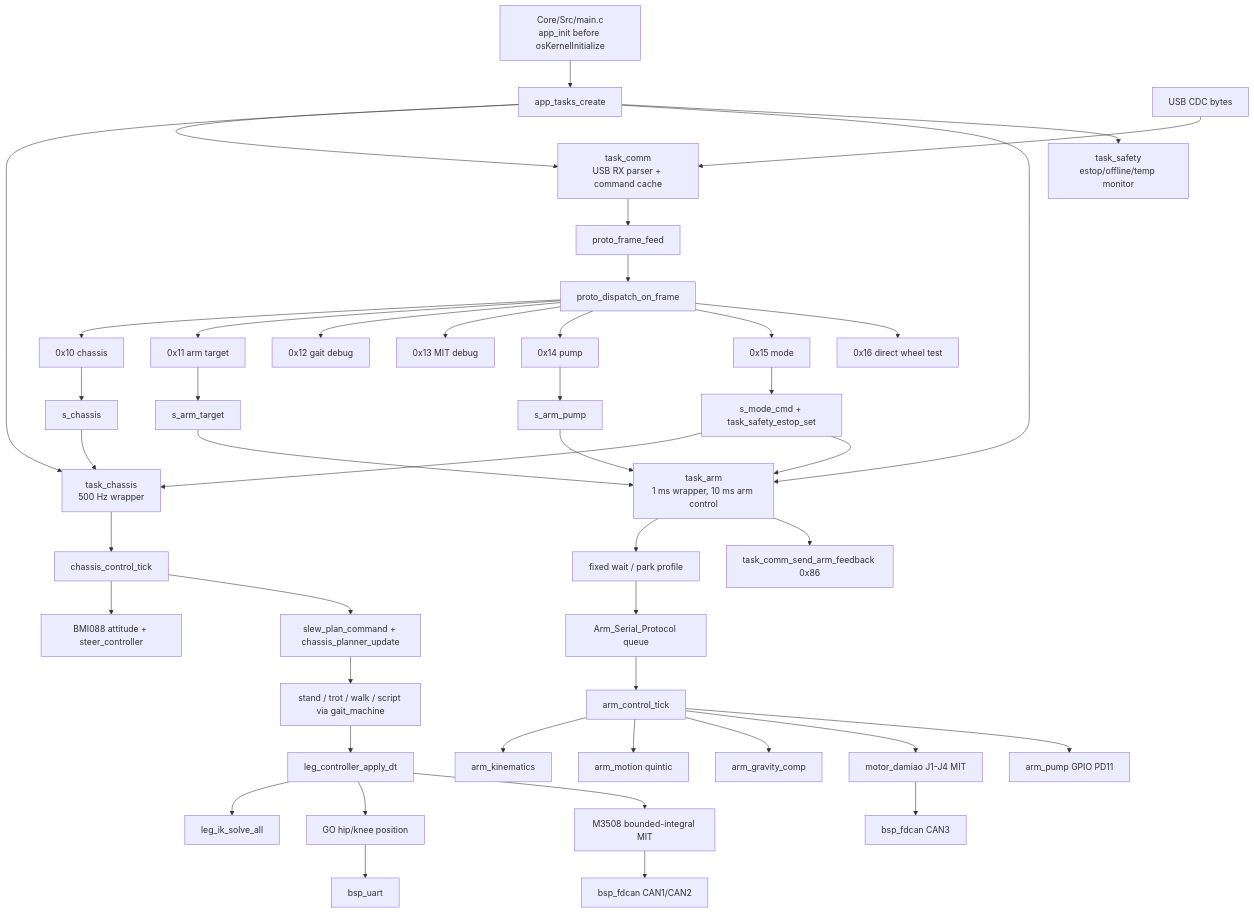
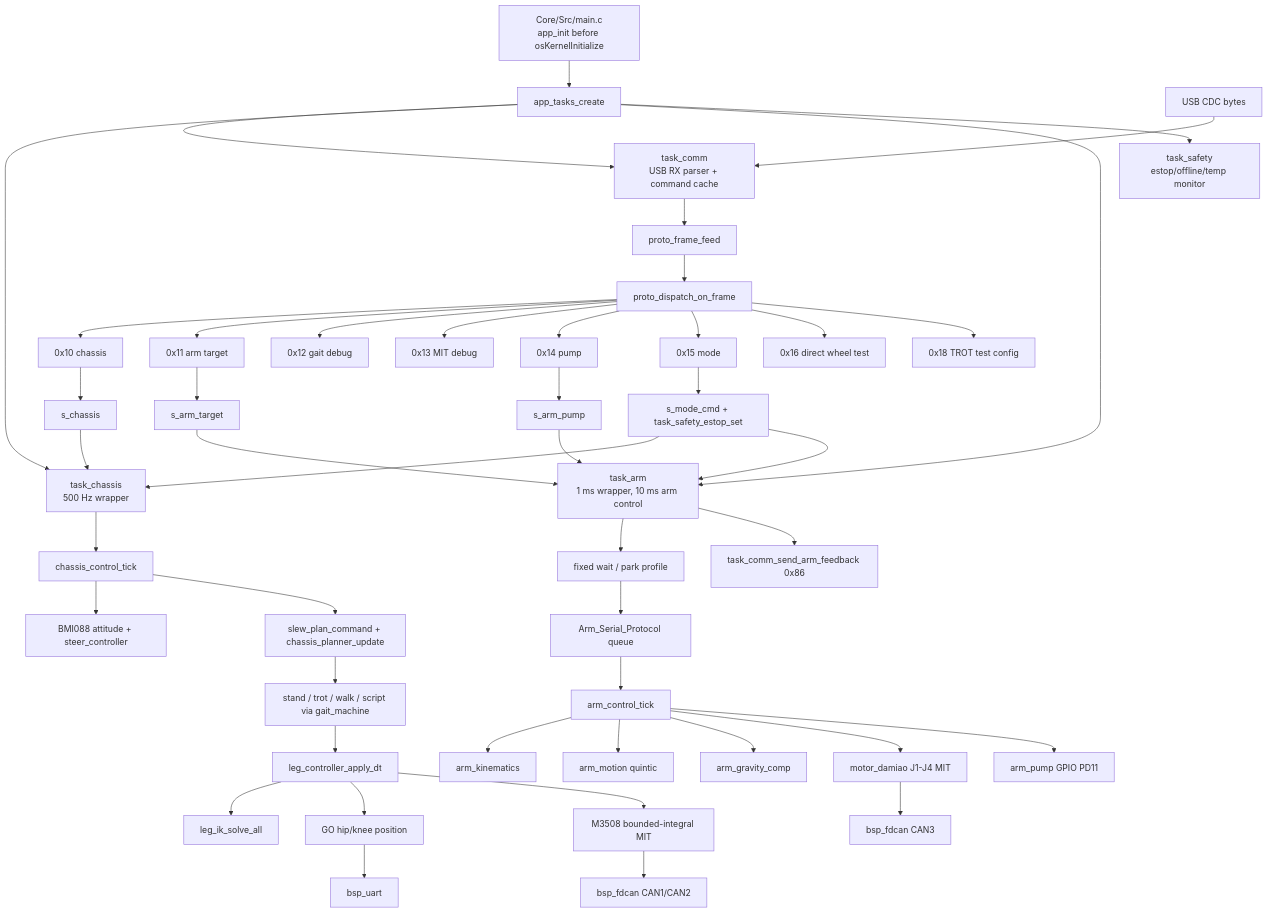
The diagram in docs/firmware_control_flow.md (perfectYYY/FengMH), drawn with Mermaid before and after one commit. The commit also changed other lines of this file and 17 other files, not shown here.

````diff
--- a/docs/firmware_control_flow.md
+++ b/docs/firmware_control_flow.md
@@ -7,51 +7,52 @@
 ```mermaid
 flowchart TD
     MAIN["Core/Src/main.c\napp_init before osKernelInitialize"] --> TASKS["app_tasks_create"]
     TASKS --> COMM["task_comm\nUSB RX parser + command cache"]
     TASKS --> CH_TASK["task_chassis\n500 Hz wrapper"]
     TASKS --> ARM_TASK["task_arm\n1 ms wrapper, 10 ms arm control"]
     TASKS --> SAFETY["task_safety\nestop/offline/temp monitor"]
 
     USB["USB CDC bytes"] --> COMM
     COMM --> FRAME["proto_frame_feed"]
     FRAME --> DISP["proto_dispatch_on_frame"]
     DISP --> H10["0x10 chassis"]
     DISP --> H11["0x11 arm target"]
     DISP --> H12["0x12 gait debug"]
     DISP --> H13["0x13 MIT debug"]
     DISP --> H14["0x14 pump"]
     DISP --> H15["0x15 mode"]
     DISP --> H16["0x16 direct wheel test"]
+    DISP --> H18["0x18 TROT test config"]
 
     H10 --> CH_CACHE["s_chassis"]
     H11 --> ARM_CACHE["s_arm_target"]
     H14 --> PUMP_CACHE["s_arm_pump"]
     H15 --> MODE_CACHE["s_mode_cmd + task_safety_estop_set"]
 
     CH_CACHE --> CH_TASK
     MODE_CACHE --> CH_TASK
     CH_TASK --> CH_CTRL["chassis_control_tick"]
     CH_CTRL --> STEER["BMI088 attitude + steer_controller"]
     CH_CTRL --> PLAN["slew_plan_command + chassis_planner_update"]
     PLAN --> GAIT["stand / trot / walk / script via gait_machine"]
     GAIT --> LEG["leg_controller_apply_dt"]
     LEG --> IK["leg_ik_solve_all"]
     LEG --> GO["GO hip/knee position"]
     LEG --> WHEEL["M3508 bounded-integral MIT"]
     GO --> UART["bsp_uart"]
     WHEEL --> FDCAN12["bsp_fdcan CAN1/CAN2"]
 
     ARM_CACHE --> ARM_TASK
     PUMP_CACHE --> ARM_TASK
     MODE_CACHE --> ARM_TASK
     ARM_TASK --> FIXED["fixed wait / park profile"]
     FIXED --> LEGACYQ["Arm_Serial_Protocol queue"]
     LEGACYQ --> ARMCTRL["arm_control_tick"]
     ARMCTRL --> ARMIK["arm_kinematics"]
     ARMCTRL --> ARMMOTION["arm_motion quintic"]
     ARMCTRL --> ARMGC["arm_gravity_comp"]
     ARMCTRL --> DAMIAO["motor_damiao J1-J4 MIT"]
     ARMCTRL --> PUMP["arm_pump GPIO PD11"]
     DAMIAO --> FDCAN3["bsp_fdcan CAN3"]
     ARM_TASK --> FB["task_comm_send_arm_feedback 0x86"]
 ```
````
